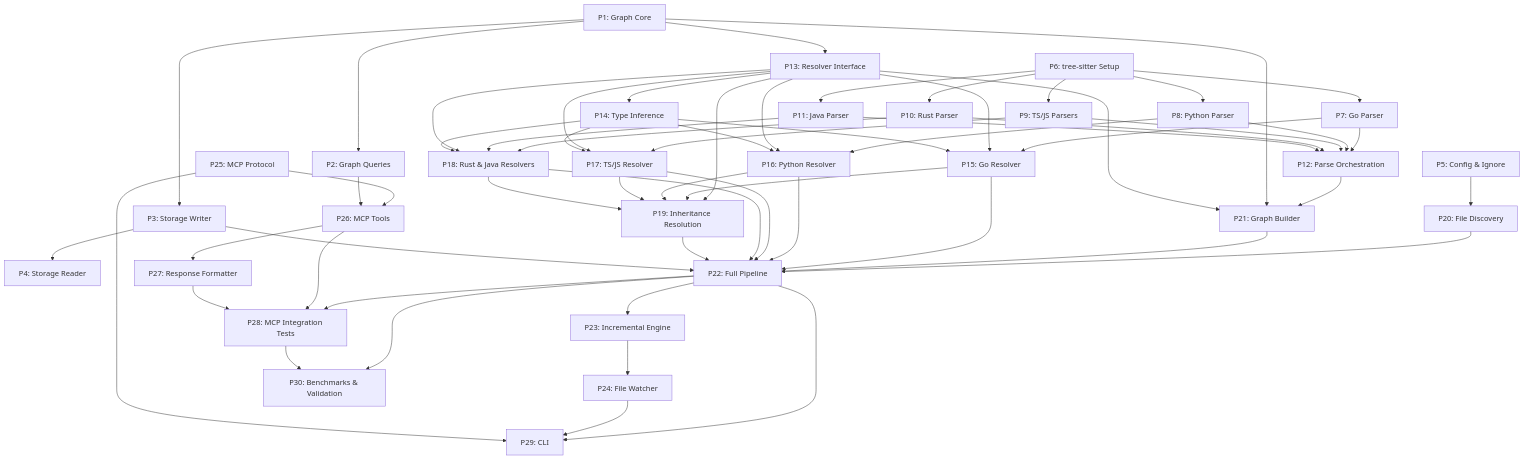
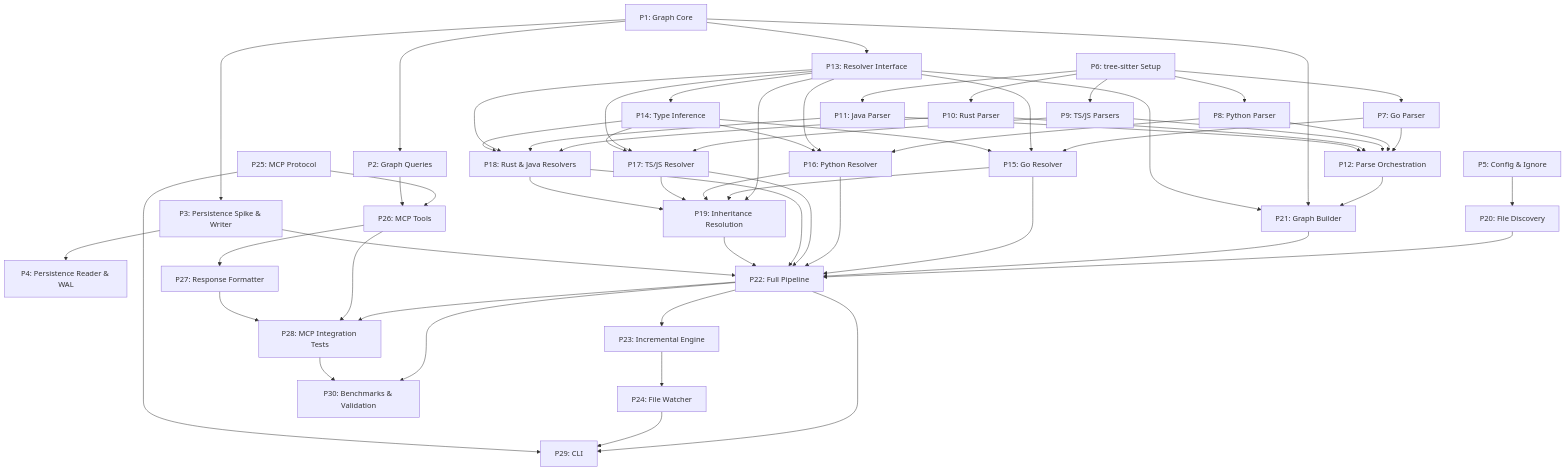
Before and after one commit to roshankumar0036singh/gographctx: the diagram in CONTEXT.md, drawn with Mermaid. The commit also changed other lines of this file, not shown here.

Commit message:
docs: sync CONTEXT.md with Phase 1 remediation and Snapshot+WAL persistence plan

````diff
--- a/CONTEXT.md
+++ b/CONTEXT.md
@@ -1581,61 +1610,61 @@
 ```mermaid
 flowchart TD
     P1["P1: Graph Core"] --> P2["P2: Graph Queries"]
-    P1 --> P3["P3: Storage Writer"]
-    P3 --> P4["P4: Storage Reader"]
+    P1 --> P3["P3: Persistence Spike & Writer"]
+    P3 --> P4["P4: Persistence Reader & WAL"]
     P5["P5: Config & Ignore"] --> P20["P20: File Discovery"]
     P6["P6: tree-sitter Setup"] --> P7["P7: Go Parser"]
     P6 --> P8["P8: Python Parser"]
     P6 --> P9["P9: TS/JS Parsers"]
     P6 --> P10["P10: Rust Parser"]
     P6 --> P11["P11: Java Parser"]
     P7 --> P12["P12: Parse Orchestration"]
     P8 --> P12
     P9 --> P12
     P10 --> P12
     P11 --> P12
     P1 --> P13["P13: Resolver Interface"]
     P13 --> P14["P14: Type Inference"]
     P7 --> P15["P15: Go Resolver"]
     P13 --> P15
     P14 --> P15
     P8 --> P16["P16: Python Resolver"]
     P13 --> P16
     P14 --> P16
     P9 --> P17["P17: TS/JS Resolver"]
     P13 --> P17
     P14 --> P17
     P10 --> P18["P18: Rust & Java Resolvers"]
     P11 --> P18
     P13 --> P18
     P14 --> P18
     P13 --> P19["P19: Inheritance Resolution"]
     P15 --> P19
     P16 --> P19
     P17 --> P19
     P18 --> P19
     P12 --> P21["P21: Graph Builder"]
     P1 --> P21
     P13 --> P21
     P20 --> P22["P22: Full Pipeline"]
     P21 --> P22
     P15 --> P22
     P16 --> P22
     P17 --> P22
     P18 --> P22
     P19 --> P22
     P3 --> P22
     P22 --> P23["P23: Incremental Engine"]
     P23 --> P24["P24: File Watcher"]
     P25["P25: MCP Protocol"] --> P26["P26: MCP Tools"]
     P2 --> P26
     P26 --> P27["P27: Response Formatter"]
     P22 --> P28["P28: MCP Integration Tests"]
     P26 --> P28
     P27 --> P28
     P22 --> P29["P29: CLI"]
     P24 --> P29
     P25 --> P29
     P22 --> P30["P30: Benchmarks & Validation"]
     P28 --> P30
 ```
````
